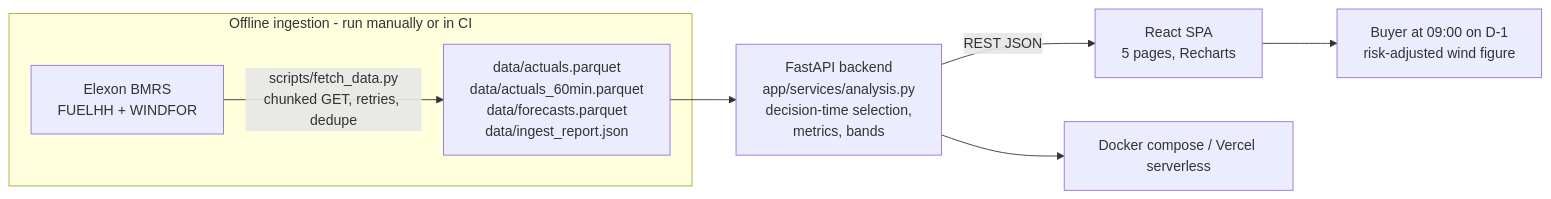
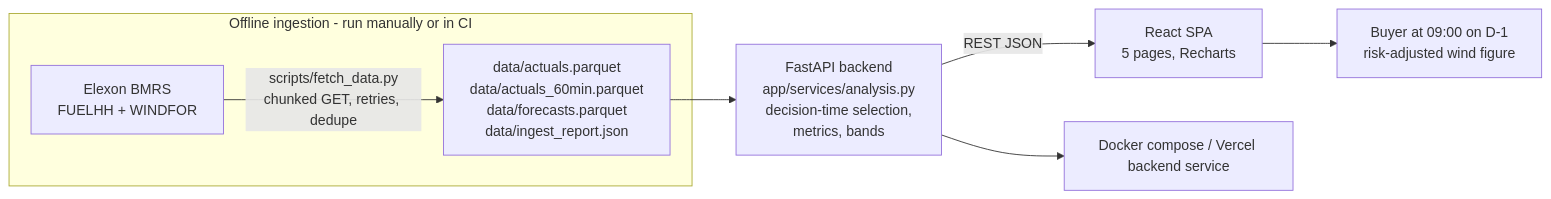
Before and after one commit to Vineethsn-007/quiet-fathom-4c7e: the diagram in docs/ARCHITECTURE.md, drawn with Mermaid. The commit also changed other lines of this file and 4 other files, not shown here.

````diff
--- a/docs/ARCHITECTURE.md
+++ b/docs/ARCHITECTURE.md
@@ -11,10 +11,10 @@
 ```mermaid
 flowchart LR
     subgraph offline[Offline ingestion - run manually or in CI]
         A[Elexon BMRS<br/>FUELHH + WINDFOR] -->|scripts/fetch_data.py<br/>chunked GET, retries, dedupe| B[data/actuals.parquet<br/>data/actuals_60min.parquet<br/>data/forecasts.parquet<br/>data/ingest_report.json]
     end
     B --> C[FastAPI backend<br/>app/services/analysis.py<br/>decision-time selection,<br/>metrics, bands]
     C -->|REST JSON| D[React SPA<br/>5 pages, Recharts]
-    C --> E[Docker compose / Vercel serverless]
+    C --> E[Docker compose / Vercel backend service]
     D --> F[Buyer at 09:00 on D-1<br/>risk-adjusted wind figure]
 ```
````
